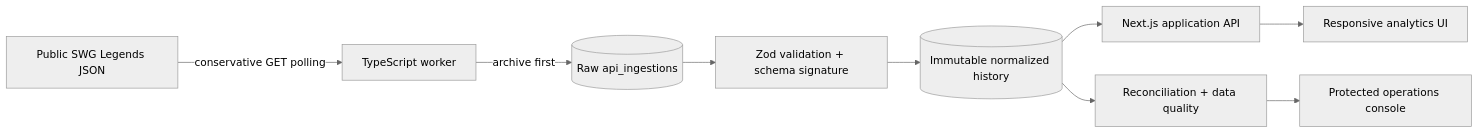
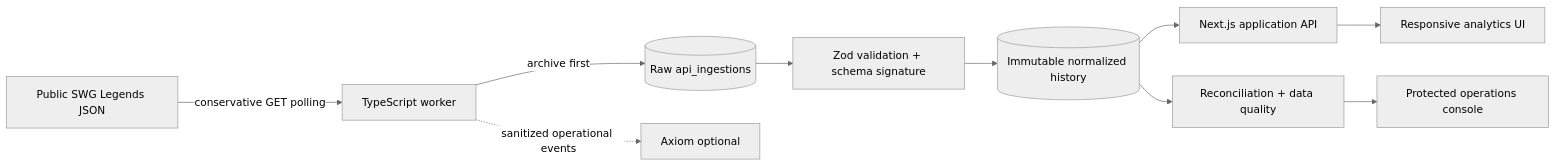
The diagram in README.md (SmeagolDanger/swg-bounty-archive), drawn with Mermaid (neutral theme) before and after one commit. The commit also changed other lines of this file and 22 other files, not shown here.

````diff
--- a/README.md
+++ b/README.md
@@ -23,11 +23,12 @@
 ```mermaid
 flowchart LR
   SWG[Public SWG Legends JSON] -->|conservative GET polling| W[TypeScript worker]
   W -->|archive first| R[(Raw api_ingestions)]
+  W -.->|sanitized operational events| A[Axiom optional]
   R --> V[Zod validation + schema signature]
   V --> N[(Immutable normalized history)]
   N --> Q[Next.js application API]
   Q --> UI[Responsive analytics UI]
   N --> REC[Reconciliation + data quality]
   REC --> ADM[Protected operations console]
 ```
````
